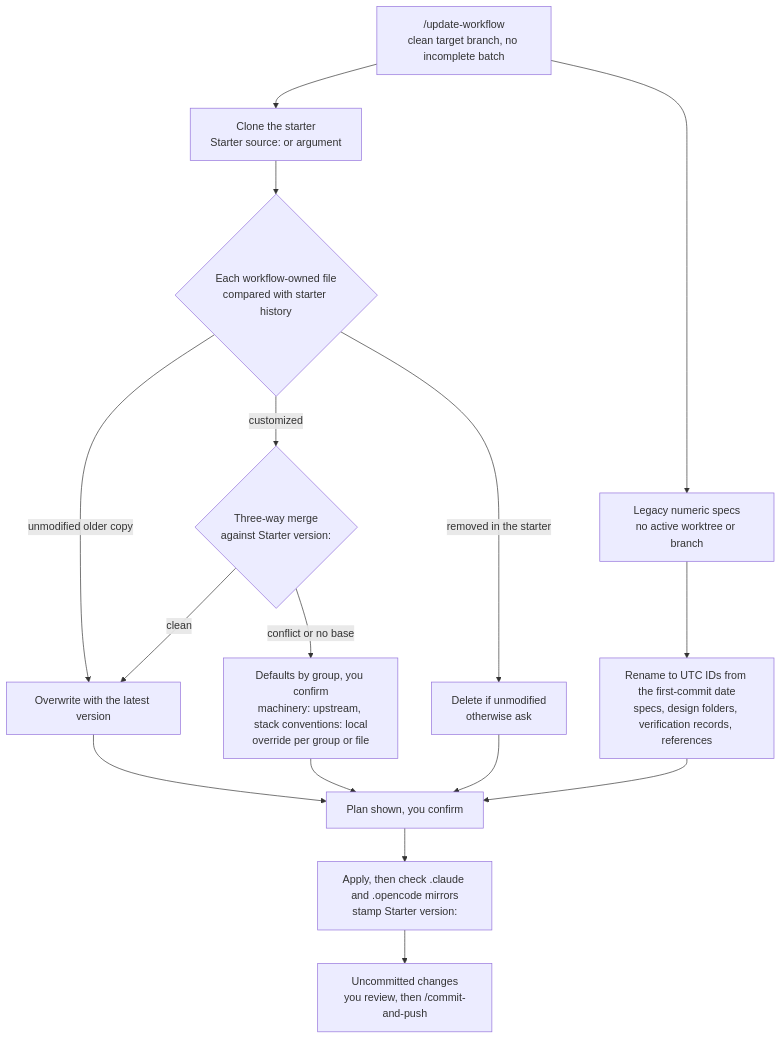
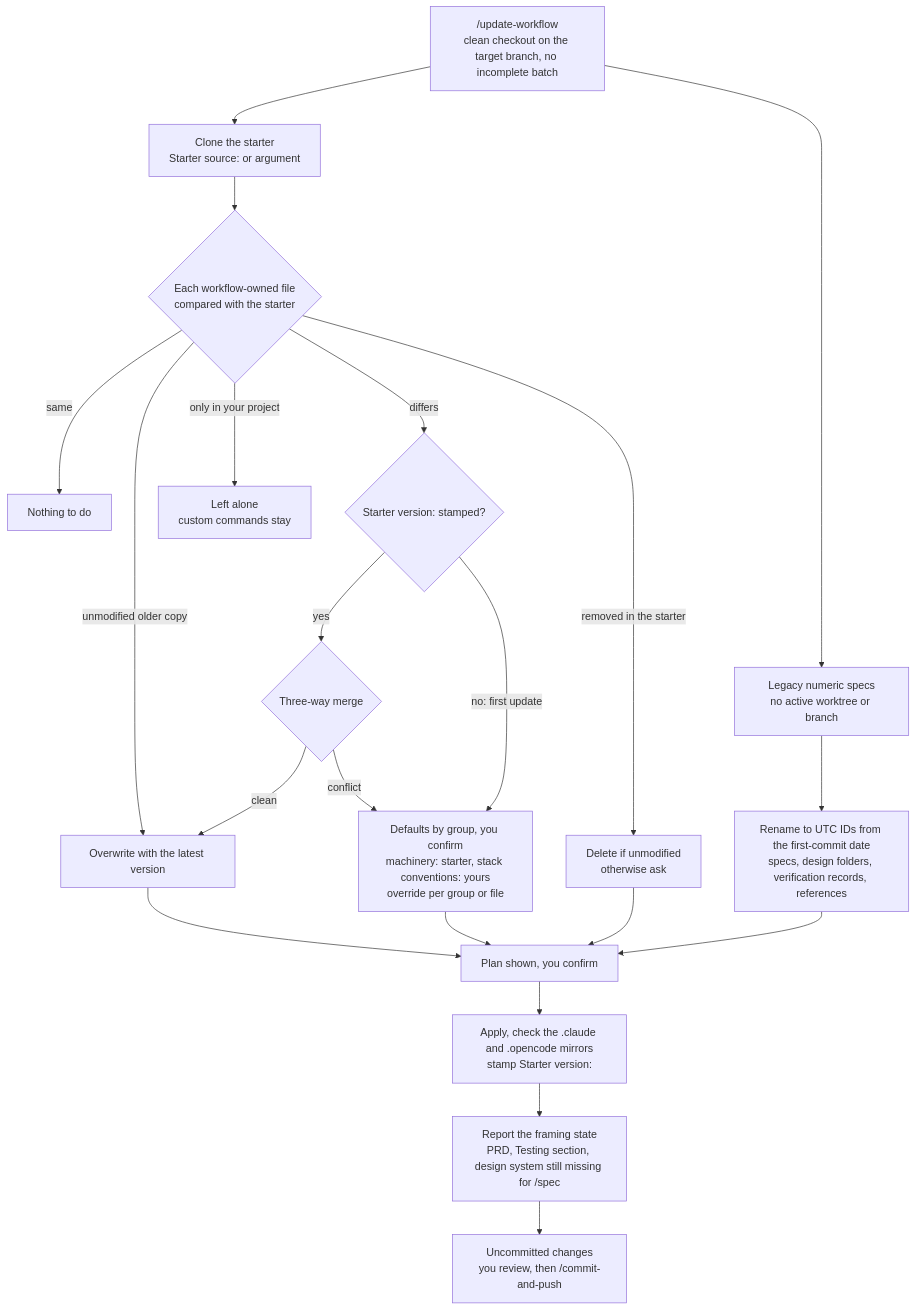
One commit to the-blue-coder/agentic-starter changed the sixth of 6 diagrams in README.md. Above: the diagram before and after it, drawn with Mermaid. The commit also changed other lines of this file, not shown here.

Commit message:
document update-workflow behavior, file classes and schema in readme

````diff
--- a/README.md
+++ b/README.md
@@ -218,18 +226,23 @@
 ```mermaid
 flowchart TD
-  start["/update-workflow<br/>clean target branch, no incomplete batch"] --> fetch["Clone the starter<br/>Starter source: or argument"]
-  fetch --> classify{"Each workflow-owned file<br/>compared with starter history"}
+  start["/update-workflow<br/>clean checkout on the target branch, no incomplete batch"] --> fetch["Clone the starter<br/>Starter source: or argument"]
+  fetch --> classify{"Each workflow-owned file<br/>compared with the starter"}
+  classify -- "same" --> skip["Nothing to do"]
   classify -- "unmodified older copy" --> overwrite["Overwrite with the latest version"]
-  classify -- "customized" --> merge{"Three-way merge<br/>against Starter version:"}
+  classify -- "differs" --> base{"Starter version: stamped?"}
+  base -- "yes" --> merge{"Three-way merge"}
   merge -- "clean" --> overwrite
-  merge -- "conflict or no base" --> ask["Defaults by group, you confirm<br/>machinery: upstream, stack conventions: local<br/>override per group or file"]
+  merge -- "conflict" --> ask
+  base -- "no: first update" --> ask["Defaults by group, you confirm<br/>machinery: starter, stack conventions: yours<br/>override per group or file"]
   classify -- "removed in the starter" --> remove["Delete if unmodified<br/>otherwise ask"]
+  classify -- "only in your project" --> own["Left alone<br/>custom commands stay"]
   start --> specs["Legacy numeric specs<br/>no active worktree or branch"]
   specs --> rename["Rename to UTC IDs from the first-commit date<br/>specs, design folders, verification records, references"]
   overwrite --> plan["Plan shown, you confirm"]
   ask --> plan
   remove --> plan
   rename --> plan
-  plan --> apply["Apply, then check .claude and .opencode mirrors<br/>stamp Starter version:"]
-  apply --> review["Uncommitted changes<br/>you review, then /commit-and-push"]
+  plan --> apply["Apply, check the .claude and .opencode mirrors<br/>stamp Starter version:"]
+  apply --> framing["Report the framing state<br/>PRD, Testing section, design system still missing for /spec"]
+  framing --> review["Uncommitted changes<br/>you review, then /commit-and-push"]
 ```
````
